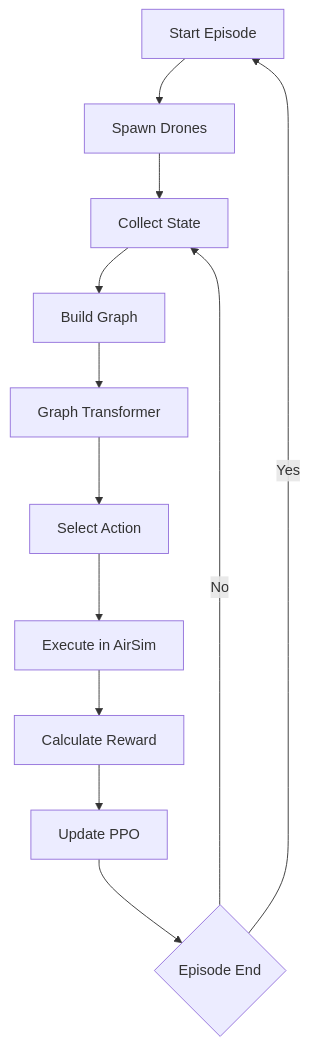
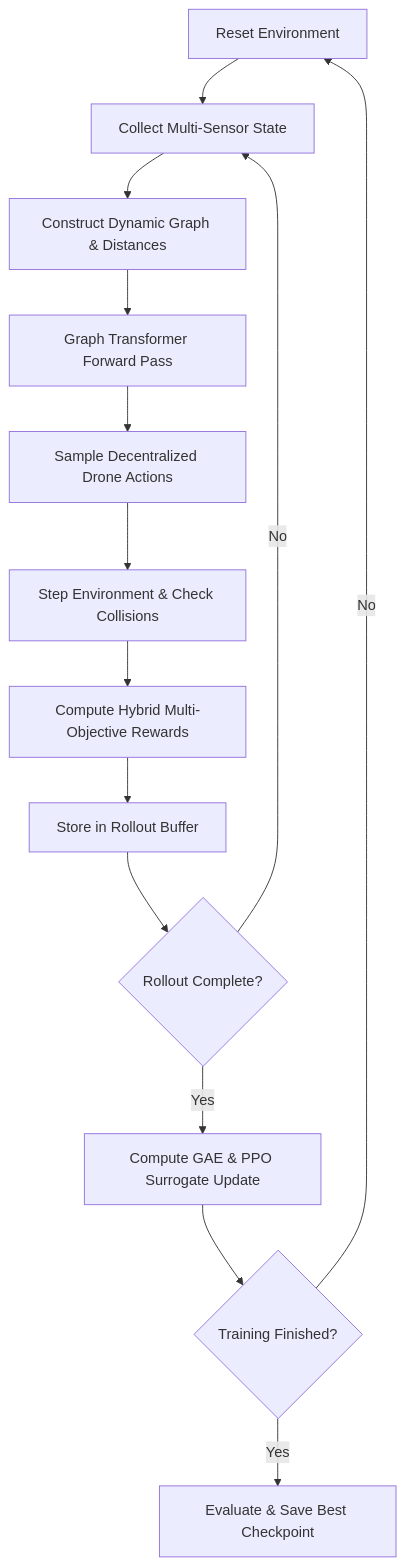
Before and after one commit to Etrlnx/Zippie-RL-UAV-Navigation: the second of 2 diagrams in README.md, drawn with Mermaid. The commit also changed other lines of this file, not shown here.

Commit message:
docs: update README with full system architecture, usage, and benchmark specifications

````diff
--- a/README.md
+++ b/README.md
@@ -139,26 +67,16 @@
 ```mermaid
 flowchart TD
-
-A[Start Episode]
-B[Spawn Drones]
-C[Collect State]
-D[Build Graph]
-E[Graph Transformer]
-F[Select Action]
-G[Execute in AirSim]
-H[Calculate Reward]
-I[Update PPO]
-J{Episode End}
-
-A --> B
-B --> C
-C --> D
-D --> E
-E --> F
-F --> G
-G --> H
-H --> I
-I --> J
-J -- No --> C
-J -- Yes --> A
+    A[Reset Environment] --> B[Collect Multi-Sensor State]
+    B --> C[Construct Dynamic Graph & Distances]
+    C --> D[Graph Transformer Forward Pass]
+    D --> E[Sample Decentralized Drone Actions]
+    E --> F[Step Environment & Check Collisions]
+    F --> G[Compute Hybrid Multi-Objective Rewards]
+    G --> H[Store in Rollout Buffer]
+    H --> I{Rollout Complete?}
+    I -- No --> B
+    I -- Yes --> J[Compute GAE & PPO Surrogate Update]
+    J --> K{Training Finished?}
+    K -- No --> A
+    K -- Yes --> L[Evaluate & Save Best Checkpoint]
 ```
````
